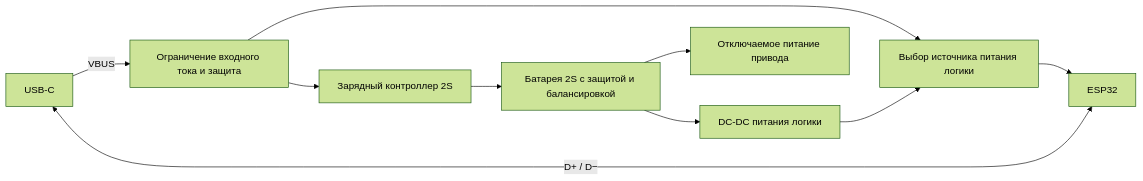
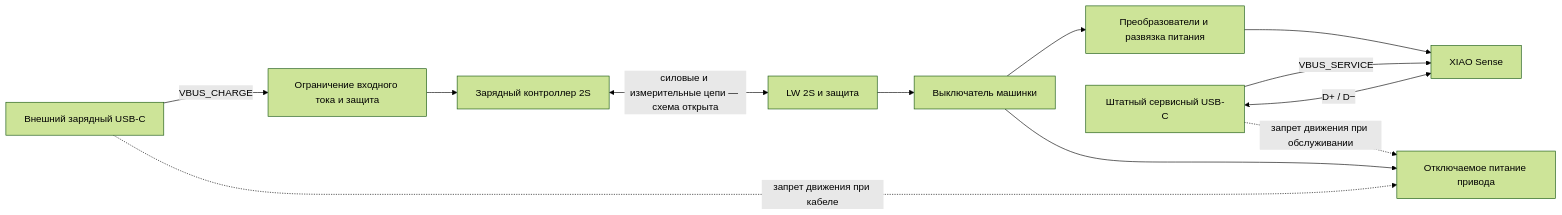
Before and after one commit to BlowYourBrain/RaceRemote: the diagram in docs/usb-c-power.md, drawn with Mermaid (forest theme). The commit also changed other lines of this file and 7 other files, not shown here.

````diff
--- a/docs/usb-c-power.md
+++ b/docs/usb-c-power.md
@@ -68,12 +68,14 @@
 ```mermaid
 flowchart LR
-    USB[USB-C] -->|VBUS| INPUT[Ограничение входного тока и защита]
+    USB[Внешний зарядный USB-C] -->|VBUS_CHARGE| INPUT[Ограничение входного тока и защита]
     INPUT --> CHARGE[Зарядный контроллер 2S]
-    CHARGE --> PACK[Батарея 2S с защитой и балансировкой]
-    INPUT --> SELECT[Выбор источника питания логики]
-    PACK --> DC[DC-DC питания логики]
-    DC --> SELECT
-    SELECT --> MCU[ESP32]
-    USB <-->|D+ / D−| MCU
-    PACK --> DRIVE[Отключаемое питание привода]
+    CHARGE <-->|силовые и измерительные цепи — схема открыта| PACK[LW 2S и защита]
+    PACK --> SW[Выключатель машинки]
+    SW --> DC[Преобразователи и развязка питания]
+    DC --> MCU[XIAO Sense]
+    SERVICE[Штатный сервисный USB-C] -->|VBUS_SERVICE| MCU
+    SERVICE <-->|D+ / D−| MCU
+    SW --> DRIVE[Отключаемое питание привода]
+    USB -.->|запрет движения при кабеле| DRIVE
+    SERVICE -.->|запрет движения при обслуживании| DRIVE
 ```
````
